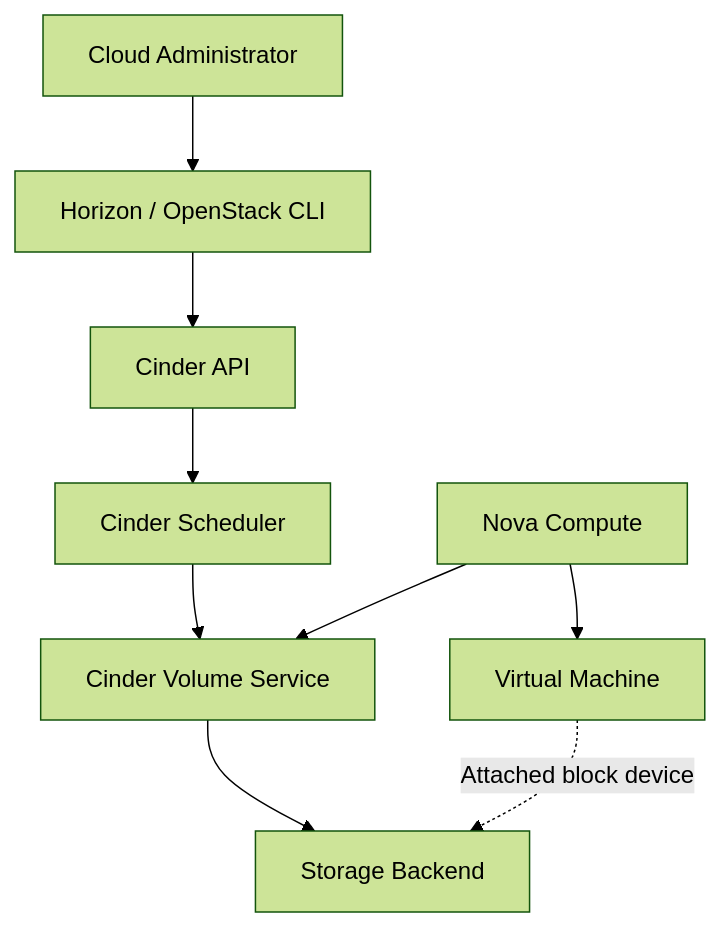
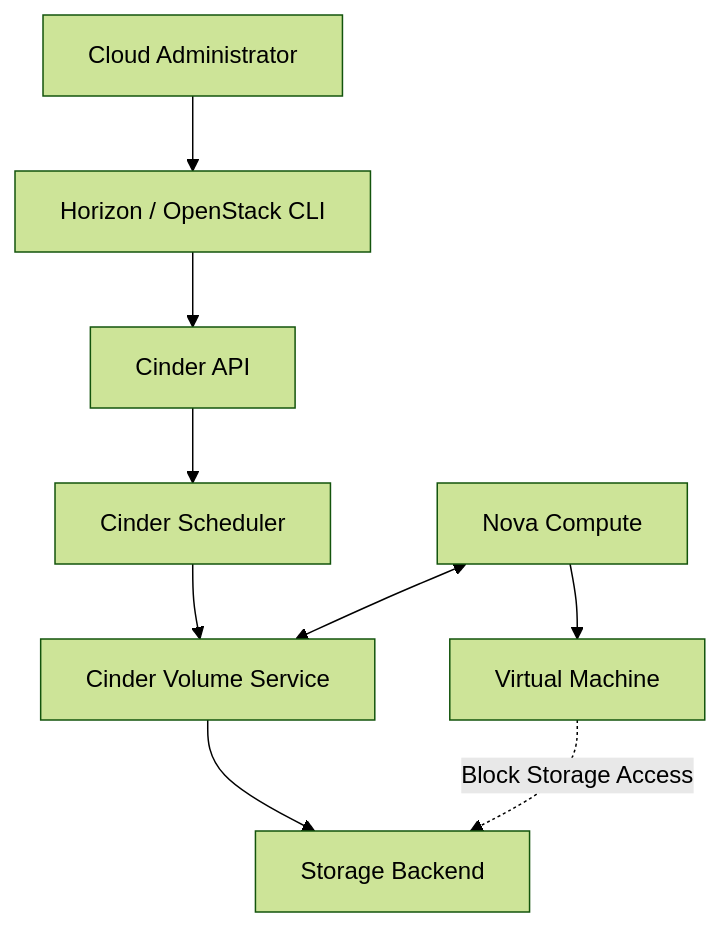
Before and after one commit to elahegivi/openstack-private-cloud-lab: the diagram in docs/cinder-storage.md, drawn with Mermaid (forest theme). The commit also changed other lines of this file, not shown here.

Commit message:
Refine OpenStack Cinder storage documentation

````diff
--- a/docs/cinder-storage.md
+++ b/docs/cinder-storage.md
@@ -16,20 +14,20 @@
 ```mermaid
 flowchart TD
     ADMIN["Cloud Administrator"]
-    CLI["Horizon / OpenStack CLI"]
+    CLIENT["Horizon / OpenStack CLI"]
     API["Cinder API"]
     SCHED["Cinder Scheduler"]
     VOL["Cinder Volume Service"]
     BACKEND["Storage Backend"]
     NOVA["Nova Compute"]
     VM["Virtual Machine"]
 
-    ADMIN --> CLI
-    CLI --> API
+    ADMIN --> CLIENT
+    CLIENT --> API
     API --> SCHED
     SCHED --> VOL
     VOL --> BACKEND
-    NOVA --> VOL
+    NOVA <--> VOL
     NOVA --> VM
-    VM -. "Attached block device" .-> BACKEND
+    VM -. "Block Storage Access" .-> BACKEND
 ```
````
